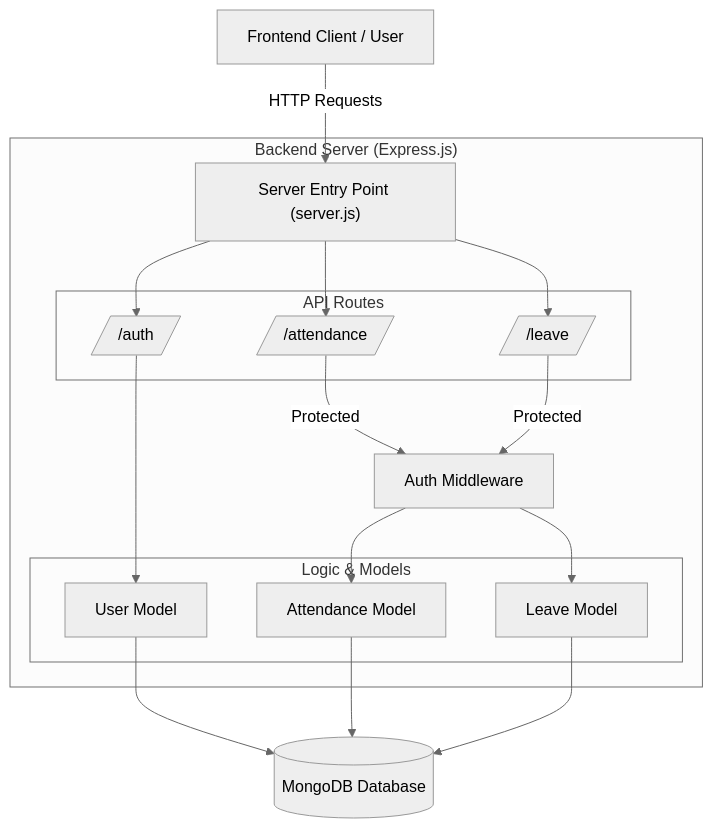
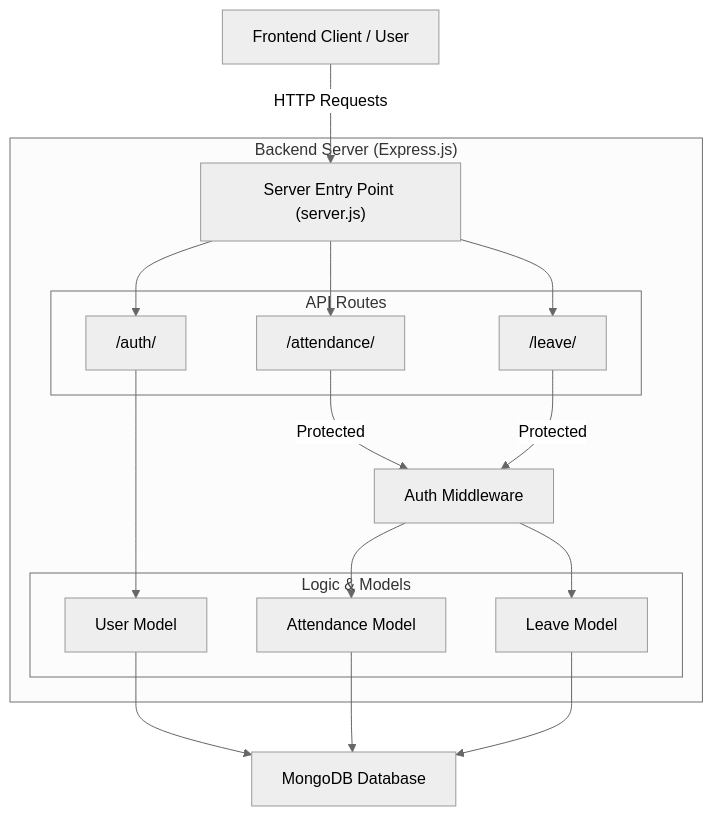
Before and after one commit to alokprasad573/attendace-leave-system: the first of 4 diagrams in FLOWCHART.md, drawn with Mermaid (neutral theme).

````diff
--- a/FLOWCHART.md
+++ b/FLOWCHART.md
@@ -9,40 +9,40 @@
 ```mermaid
 graph TD
     Client["Frontend Client / User"]
     
     subgraph Backend ["Backend Server (Express.js)"]
         Server["Server Entry Point (server.js)"]
         Auth["Auth Middleware"]
         
         subgraph Routes ["API Routes"]
-            AuthRoutes[/"/auth"/]
-            AttRoutes[/"/attendance"/]
-            LeaveRoutes[/"/leave"/]
+            AuthRoutes["/auth/"]
+            AttRoutes["/attendance/"]
+            LeaveRoutes["/leave/"]
         end
         
         subgraph Controllers ["Logic & Models"]
             UserModel["User Model"]
             AttModel["Attendance Model"]
             LeaveModel["Leave Model"]
         end
     end
     
-    Database[("MongoDB Database")]
+    Database["MongoDB Database"]
 
     %% Connections
     Client -->|"HTTP Requests"| Server
     Server --> AuthRoutes
     Server --> AttRoutes
     Server --> LeaveRoutes
     
     AuthRoutes --> UserModel
     AttRoutes -->|"Protected"| Auth
     LeaveRoutes -->|"Protected"| Auth
     
     Auth --> AttModel
     Auth --> LeaveModel
     
     UserModel --> Database
     AttModel --> Database
     LeaveModel --> Database
 ```
````
